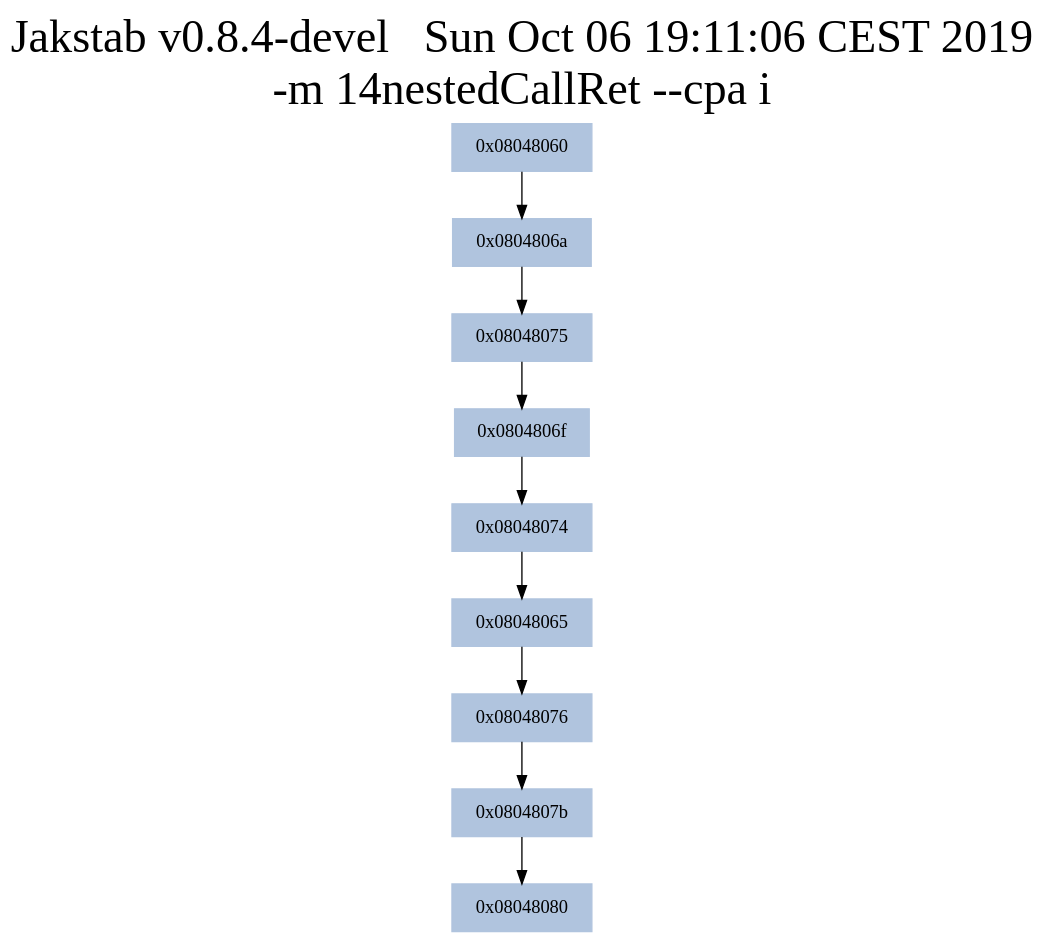
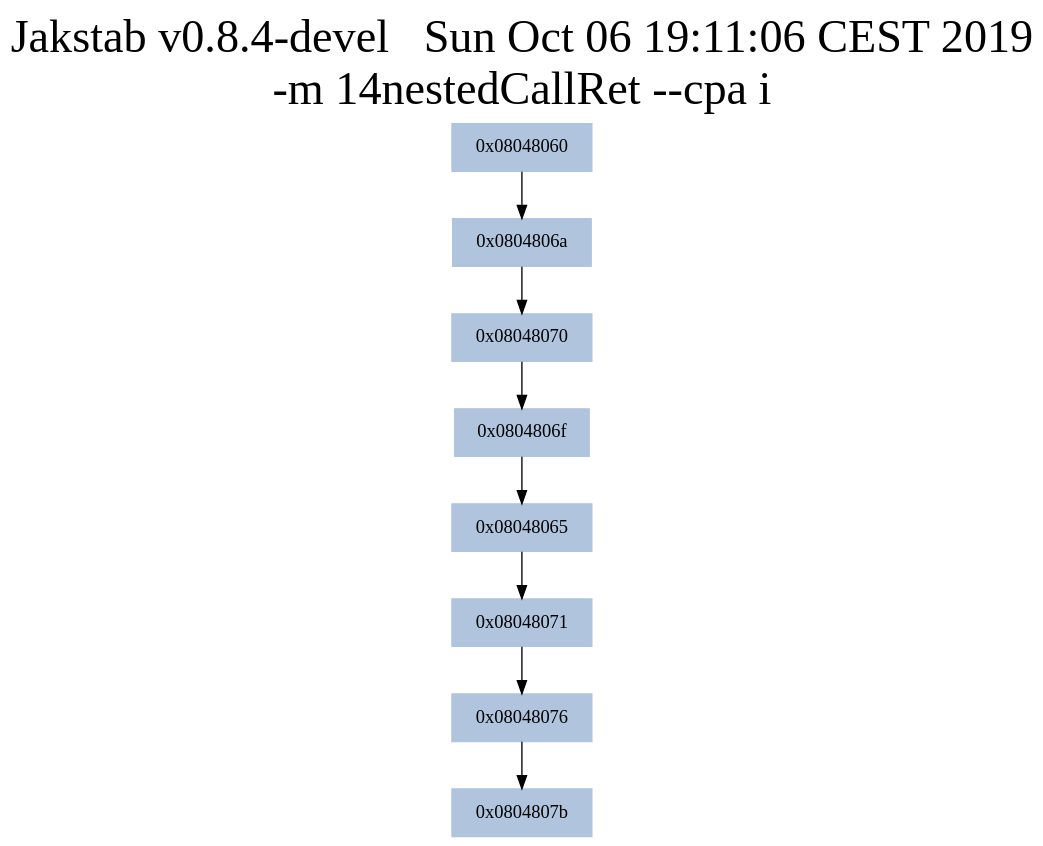
One commit to tpetersonkth/AlternatingControlFlowReconstruction changed the diagram in Input/IdealCFAs/14nestedCallRet_ideal.dot. Above: the diagram before and after it, drawn with Graphviz. The commit also changed 5 other files, not shown here.

Commit message:
Fixed erroneous ideal graphs(They broke when removing superfluos instructions from synthetic examples in earlier commits)

```diff
--- a/Input/IdealCFAs/14nestedCallRet_ideal.dot
+++ b/Input/IdealCFAs/14nestedCallRet_ideal.dot
@@ -1,22 +1,20 @@
 digraph G {
 node[shape=rectangle,style=filled,fillcolor=lightsteelblue,color=lightsteelblue]
 bgcolor="transparent"
 graph [label="Jakstab v0.8.4-devel   Sun Oct 06 19:11:06 CEST 2019\n-m 14nestedCallRet --cpa i", labelloc=t, fontsize=35, pad=30]
-"0x08048075"[label="0x08048075\n"];
-"0x08048065"[label="0x08048065\n"];
-"0x08048076"[label="0x08048076\n"];
-"0x08048074"[label="0x08048074\n"];
-"0x0804806f"[label="0x0804806f\n"];
-"0x08048080"[label="0x08048080\n"];
 "0x08048060"[label="0x08048060\n"];
 "0x0804806a"[label="0x0804806a\n"];
+"0x08048070"[label="0x08048070\n"];
+"0x0804806f"[label="0x0804806f\n"];
+"0x08048065"[label="0x08048065\n"];
+"0x08048071"[label="0x08048071\n"];
+"0x08048076"[label="0x08048076\n"];
 "0x0804807b"[label="0x0804807b\n"];
-"0x0804807b" -> "0x08048080" [color="#000000"];
-"0x08048074" -> "0x08048065" [color="#000000"];
-"0x08048075" -> "0x0804806f" [color="#000000"];
-"0x0804806a" -> "0x08048075" [color="#000000"];
-"0x08048065" -> "0x08048076" [color="#000000"];
-"0x0804806f" -> "0x08048074" [color="#000000"];
+"0x08048060" -> "0x0804806a" [color="#000000"];
+"0x0804806a" -> "0x08048070" [color="#000000"];
+"0x08048070" -> "0x0804806f" [color="#000000"];
+"0x0804806f" -> "0x08048065" [color="#000000"];
+"0x08048065" -> "0x08048071" [color="#000000"];
+"0x08048071" -> "0x08048076" [color="#000000"];
 "0x08048076" -> "0x0804807b" [color="#000000"];
-"0x08048060" -> "0x0804806a" [color="#000000"];
 }
```
